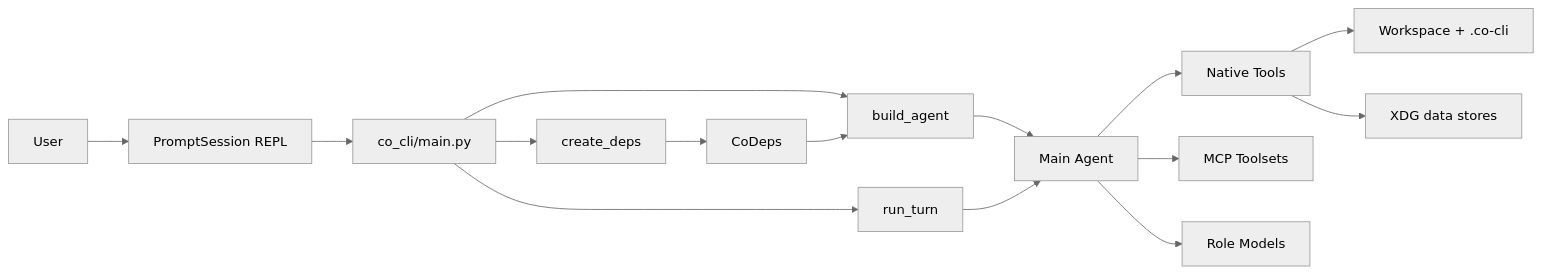
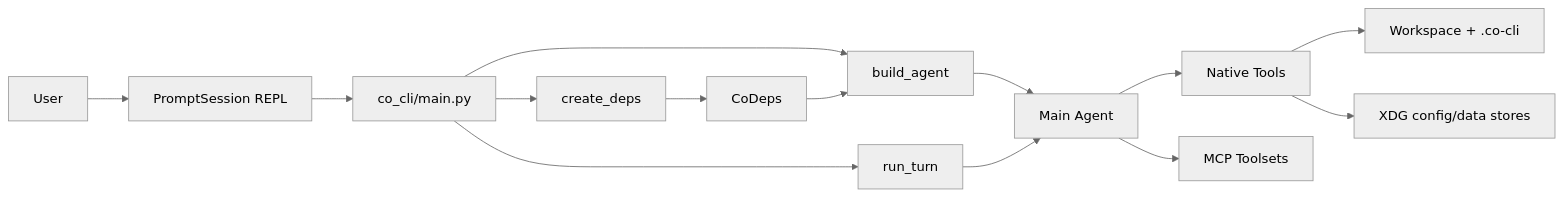
The diagram in docs/DESIGN-system.md (binlecode/co-cli), drawn with Mermaid (neutral theme) before and after one commit. The commit also changed other lines of this file and 61 other files, not shown here.

````diff
--- a/docs/DESIGN-system.md
+++ b/docs/DESIGN-system.md
@@ -13,17 +33,16 @@
 ```mermaid
 flowchart LR
     User[User] --> REPL[PromptSession REPL]
     REPL --> Main[co_cli/main.py]
     Main --> Bootstrap[create_deps]
     Bootstrap --> Deps[CoDeps]
     Main --> AgentFactory[build_agent]
     Deps --> AgentFactory
     AgentFactory --> Agent[Main Agent]
-    Agent --> Tools[Native Tools]
+    Main --> Turn[run_turn]
+    Turn --> Agent
+    Agent --> Native[Native Tools]
     Agent --> MCP[MCP Toolsets]
-    Agent --> Models[Role Models]
-    Tools --> Workspace[Workspace + .co-cli]
-    Tools --> Data[XDG data stores]
-    Main --> Loop[run_turn]
-    Loop --> Agent
+    Native --> Workspace[Workspace + .co-cli]
+    Native --> XDG[XDG config/data stores]
 ```
````
